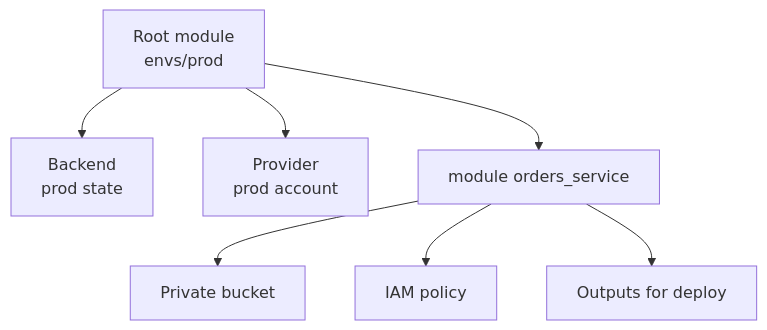
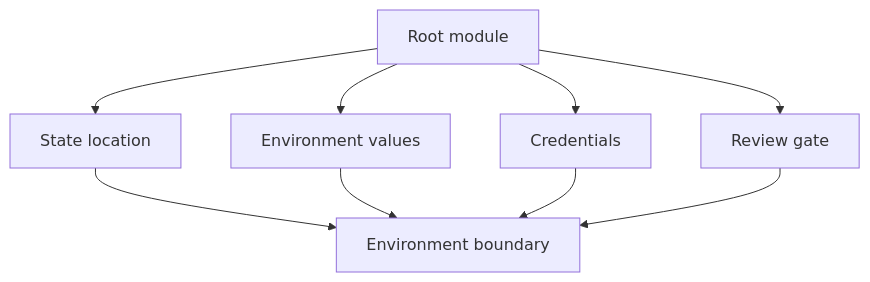
Before and after one commit to senlinyy/dev-roadmaps: the diagram in infrastructure-as-code/terraform/root-modules-and-environments.md, drawn with Mermaid. The commit also changed other lines of this file and 10 other files, not shown here.

````diff
--- a/infrastructure-as-code/terraform/root-modules-and-environments.md
+++ b/infrastructure-as-code/terraform/root-modules-and-environments.md
@@ -33,9 +180,11 @@
 ```mermaid
 flowchart TD
-    A["Root module<br/>envs/prod"] --> B["Backend<br/>prod state"]
-    A --> C["Provider<br/>prod account"]
-    A --> D["module orders_service"]
-    D --> E["Private bucket"]
-    D --> F["IAM policy"]
-    D --> G["Outputs for deploy"]
+    Root["Root module"] --> State["State location"]
+    Root --> Values["Environment values"]
+    Root --> Creds["Credentials"]
+    Root --> Review["Review gate"]
+    State --> Boundary["Environment boundary"]
+    Values --> Boundary
+    Creds --> Boundary
+    Review --> Boundary
 ```
````
